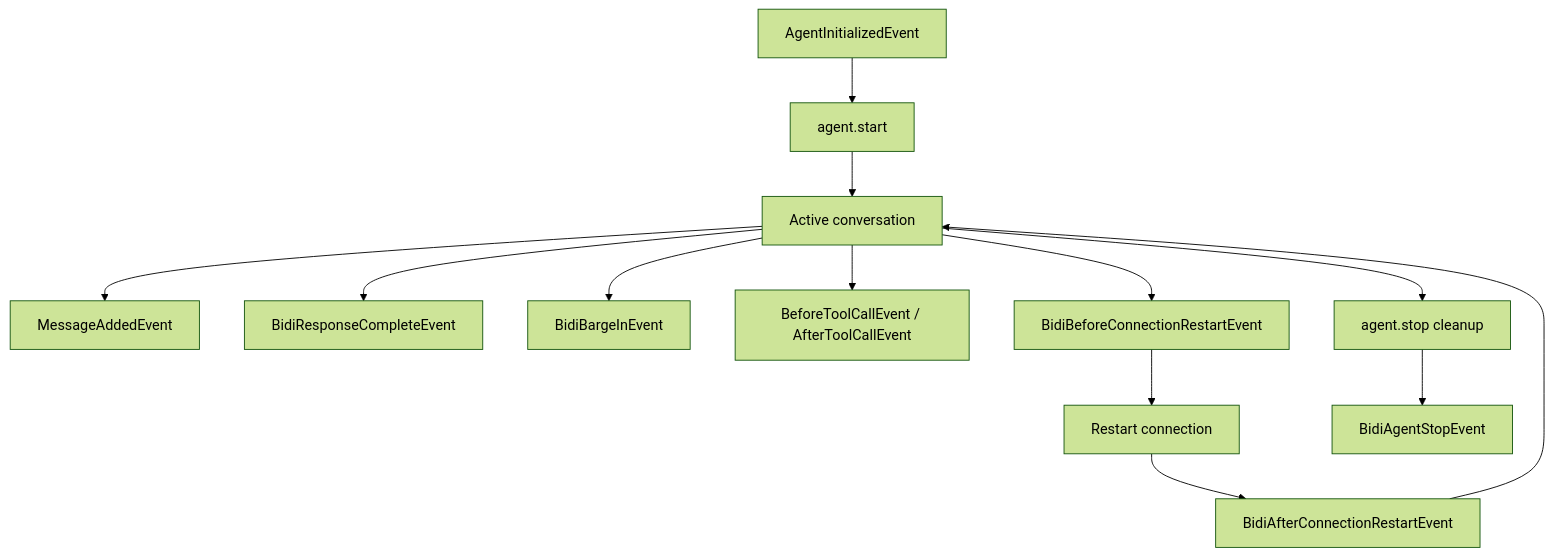
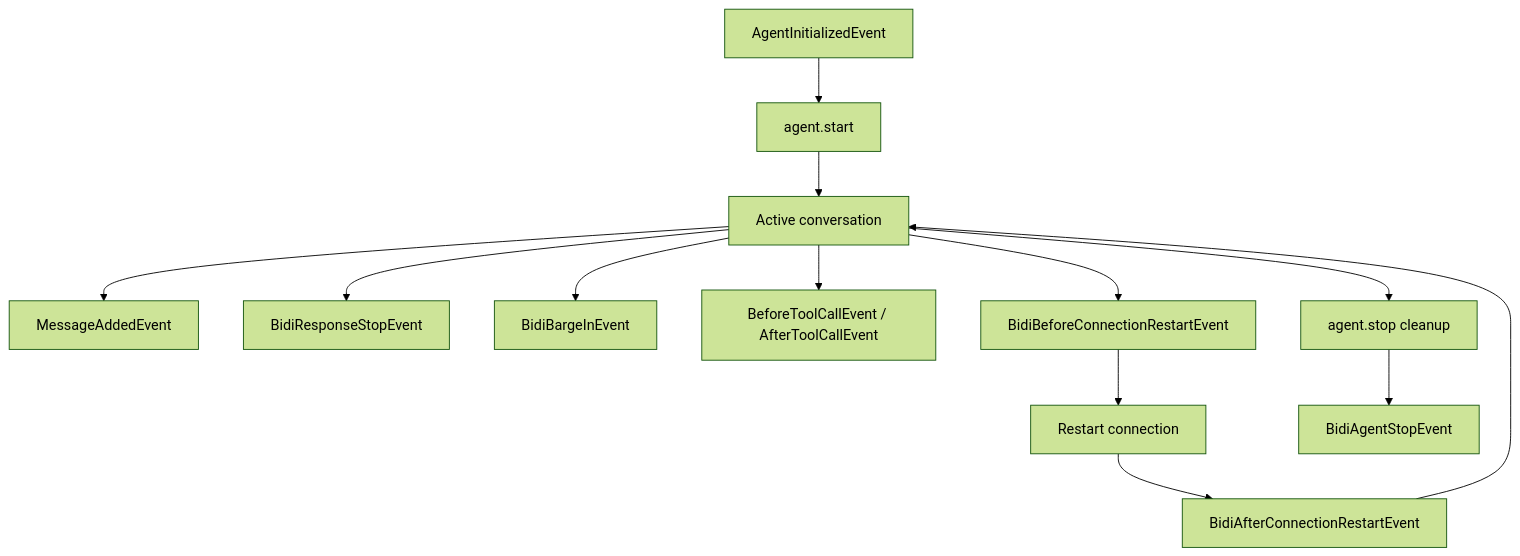
One commit to seniorgreencode/harness-sdk changed the diagram in site/src/content/docs/user-guide/sdk/bidirectional-streaming/hooks.mdx. Above: the diagram before and after it, drawn with Mermaid (forest theme). The commit also changed other lines of this file and 41 other files, not shown here.

Commit message:
fix(bidi): align response boundaries and transcript history (#4560)

````diff
--- a/site/src/content/docs/user-guide/sdk/bidirectional-streaming/hooks.mdx
+++ b/site/src/content/docs/user-guide/sdk/bidirectional-streaming/hooks.mdx
@@ -140,15 +155,15 @@
 ```mermaid
 flowchart TB
     Init[AgentInitializedEvent] --> Start[agent.start]
     Start --> Running[Active conversation]
     Running --> Message[MessageAddedEvent]
-    Running --> Response[BidiResponseCompleteEvent]
+    Running --> Response[BidiResponseStopEvent]
     Running --> BargeIn[BidiBargeInEvent]
     Running --> Tools[BeforeToolCallEvent / AfterToolCallEvent]
     Running --> BeforeRestart[BidiBeforeConnectionRestartEvent]
     BeforeRestart --> Restart[Restart connection]
     Restart --> AfterRestart[BidiAfterConnectionRestartEvent]
     AfterRestart --> Running
     Running --> Stop[agent.stop cleanup]
     Stop --> Stopped[BidiAgentStopEvent]
 ```
````
